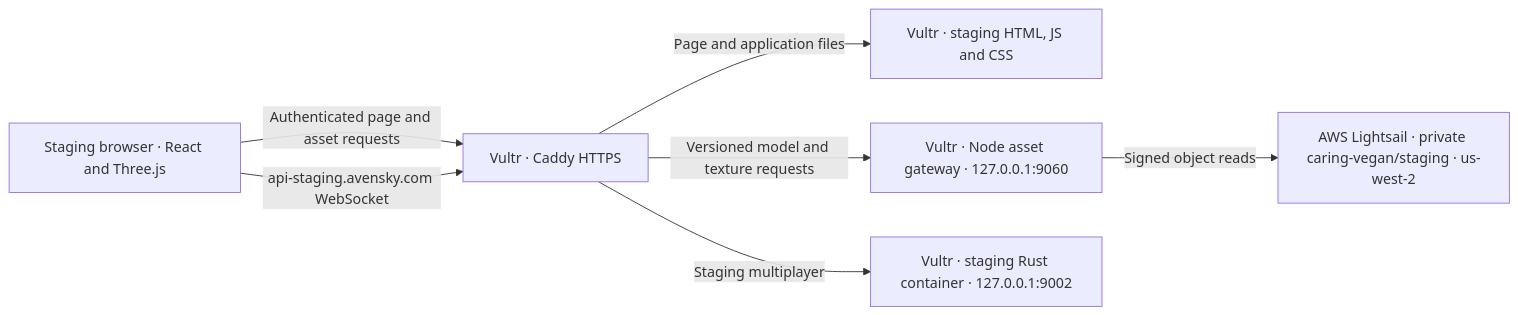
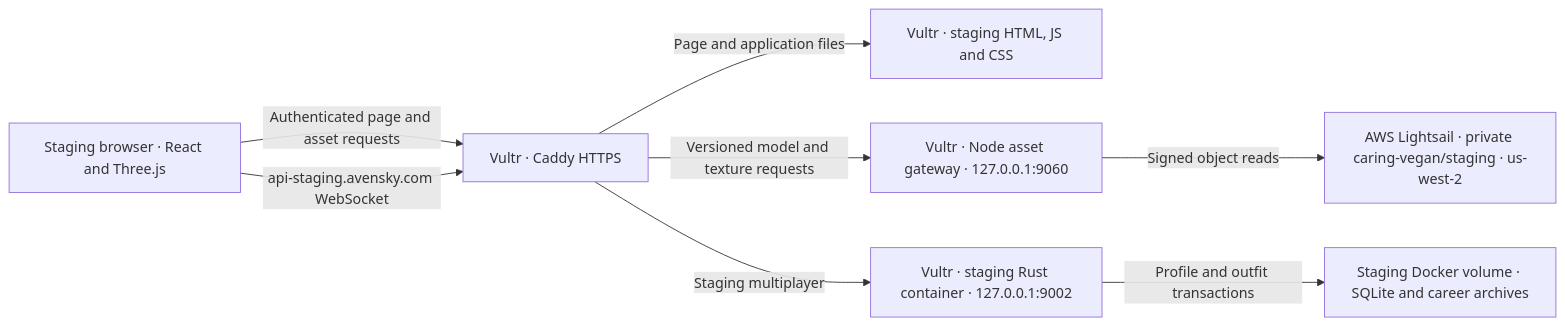
The diagram in docs/SCALING_ARCHITECTURE.md (Avensky/Avensky), drawn with Mermaid before and after one commit. The commit also changed other lines of this file and 84 other files, not shown here.

````diff
--- a/docs/SCALING_ARCHITECTURE.md
+++ b/docs/SCALING_ARCHITECTURE.md
@@ -9,15 +9,17 @@
 ```mermaid
 flowchart LR
     B["Staging browser · React and Three.js"]
     P["Vultr · Caddy HTTPS"]
     F["Vultr · staging HTML, JS and CSS"]
     G["Vultr · Node asset gateway · 127.0.0.1:9060"]
     S["AWS Lightsail · private caring-vegan/staging · us-west-2"]
     R["Vultr · staging Rust container · 127.0.0.1:9002"]
+    D["Staging Docker volume · SQLite and career archives"]
     B -->|"Authenticated page and asset requests"| P
     P -->|"Page and application files"| F
     P -->|"Versioned model and texture requests"| G
     G -->|"Signed object reads"| S
     B -->|"api-staging.avensky.com WebSocket"| P
     P -->|"Staging multiplayer"| R
+    R -->|"Profile and outfit transactions"| D
 ```
````
